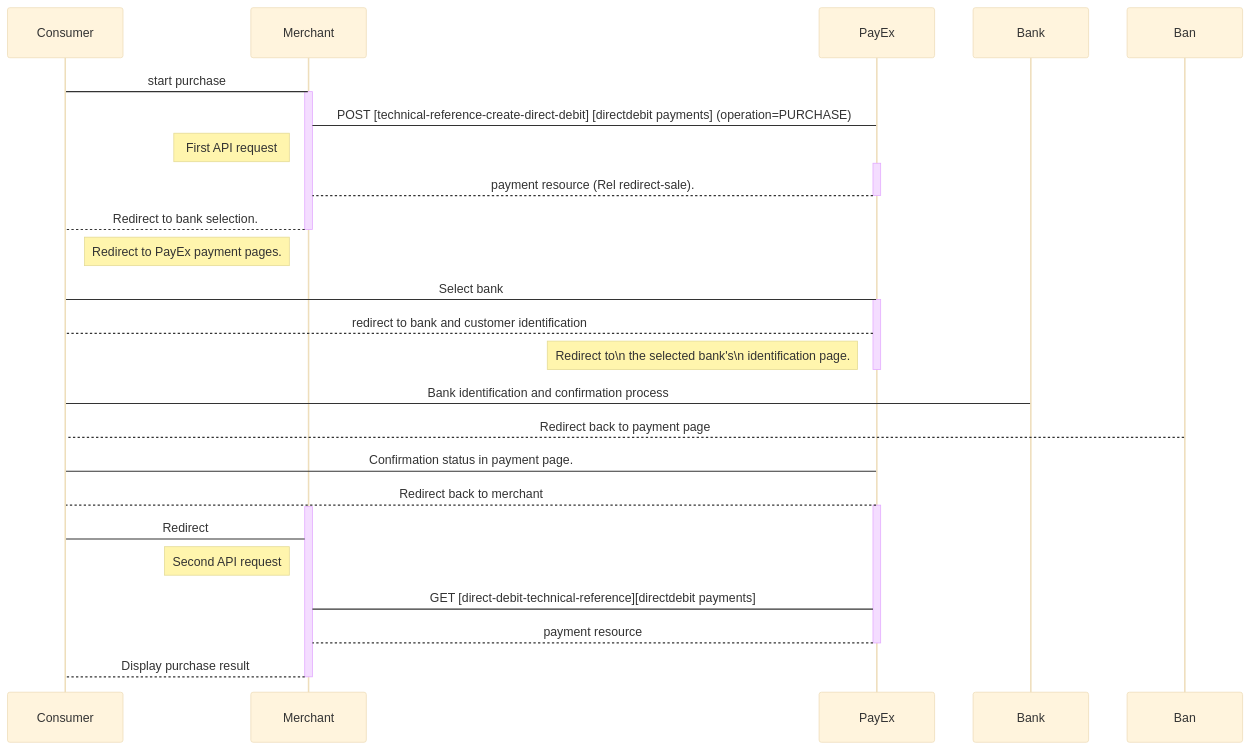
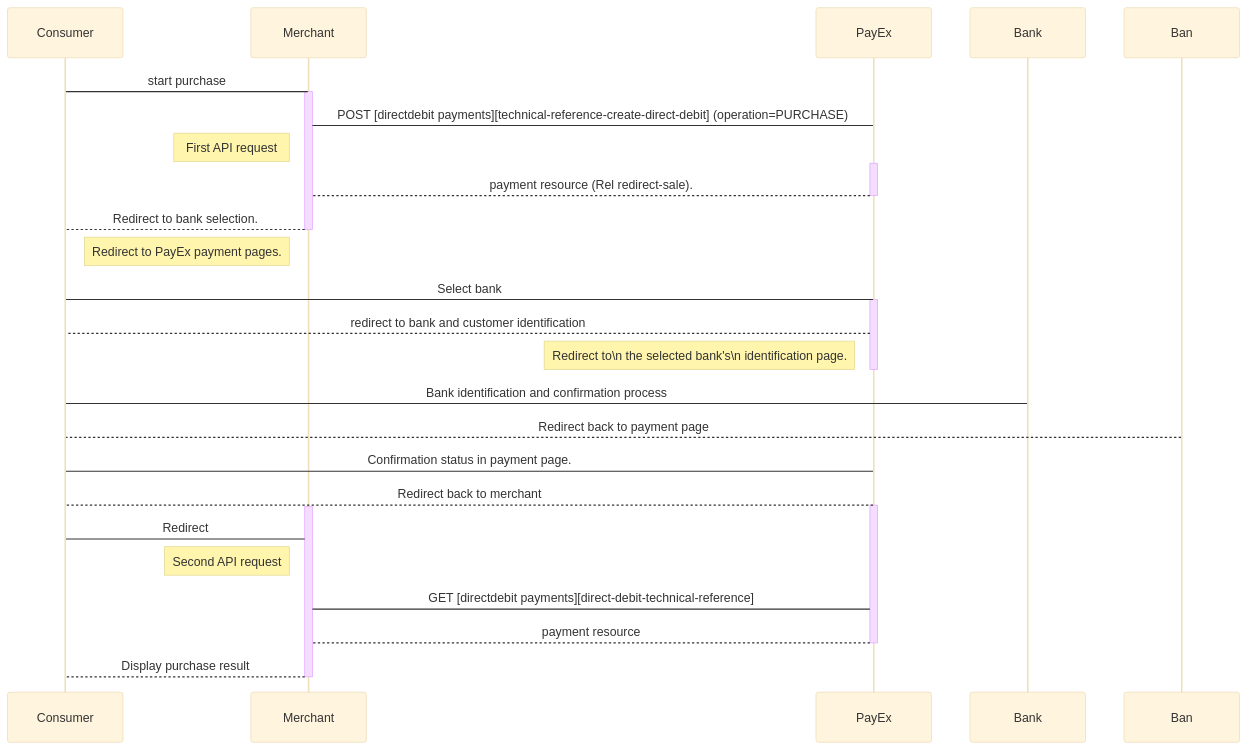
The first of 3 diagrams in payments/direct-debit/payments.md (SwedbankPay/developer.swedbankpay.com), drawn with Mermaid (base theme) before and after one commit. The commit also changed other lines of this file and 6 other files, not shown here.

Commit message:
dx-119 updated links and diagrams in invoice file

````diff
--- a/payments/direct-debit/payments.md
+++ b/payments/direct-debit/payments.md
@@ -75,35 +75,35 @@
 ```mermaid
 sequenceDiagram
   Consumer->Merchant: start purchase
   Activate Merchant
-  Merchant->PayEx: POST [technical-reference-create-direct-debit] [directdebit payments] (operation=PURCHASE)
+  Merchant->PayEx: POST [directdebit payments][technical-reference-create-direct-debit]  (operation=PURCHASE)
   note left of Merchant: First API request
   Activate PayEx
   PayEx-->Merchant: payment resource (Rel redirect-sale).
   Deactivate PayEx
 
   Merchant-->Consumer: Redirect to bank selection.
   Deactivate Merchant
   note left of Merchant: Redirect to PayEx payment pages.
   Consumer->PayEx: Select bank
   Activate PayEx
   
   PayEx-->Consumer: redirect to bank and customer identification
   note left of PayEx: Redirect to\n the selected bank's\n identification page.
   Deactivate PayEx
 
   Consumer-> Bank: Bank identification and confirmation process
   Ban-->Consumer: Redirect back to payment page
 
   Consumer->PayEx: Confirmation status in payment page.
   PayEx-->Consumer: Redirect back to merchant
   Activate PayEx
   Activate Merchant
   Consumer->Merchant : Redirect
   note left of Merchant: Second API request 
-  Merchant->PayEx: GET [direct-debit-technical-reference][directdebit payments]
+  Merchant->PayEx: GET [directdebit payments][direct-debit-technical-reference]
   PayEx-->Merchant: payment resource
   Deactivate PayEx
   Merchant-->Consumer: Display purchase result
   Deactivate Merchant
 ```
````
